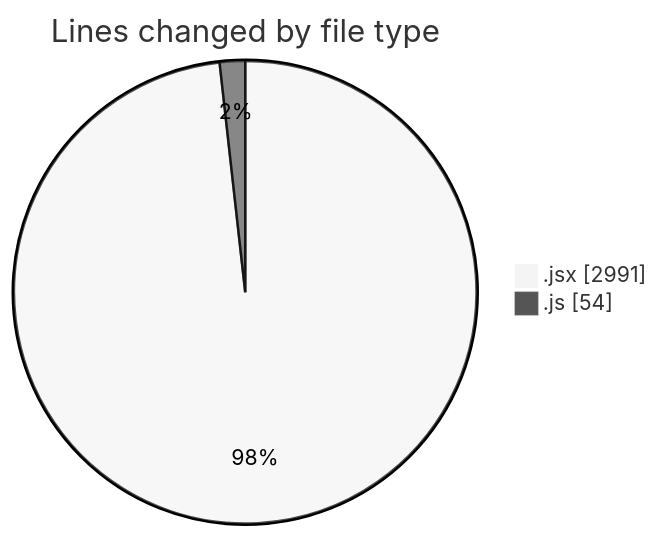
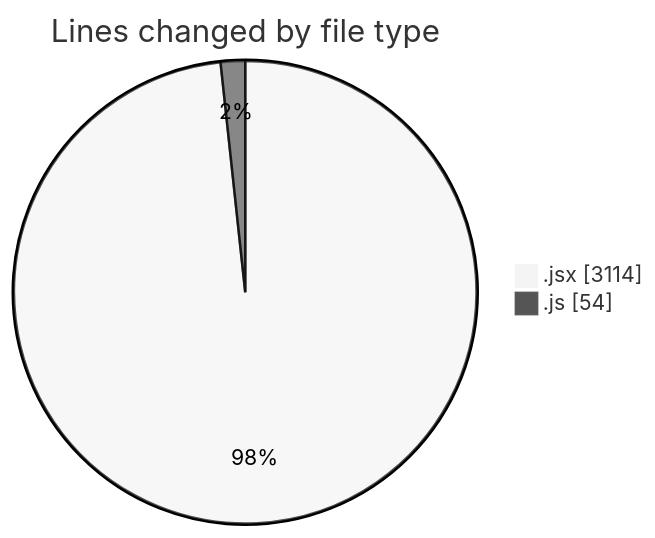
One commit to nxtqubesakshisongat/code-tracking changed the first of 2 diagrams in 2025-06-25/nxtqube_webapp/README.md. Above: the diagram before and after it, drawn with Mermaid (neutral theme). The commit also changed other lines of this file and 1 other file, not shown here.

````diff
--- a/2025-06-25/nxtqube_webapp/README.md
+++ b/2025-06-25/nxtqube_webapp/README.md
@@ -24,6 +24,6 @@
 ```mermaid
 pie showData
 title Lines changed by file type
-".jsx" : 2991
+".jsx" : 3114
 ".js" : 54
 ```
````
